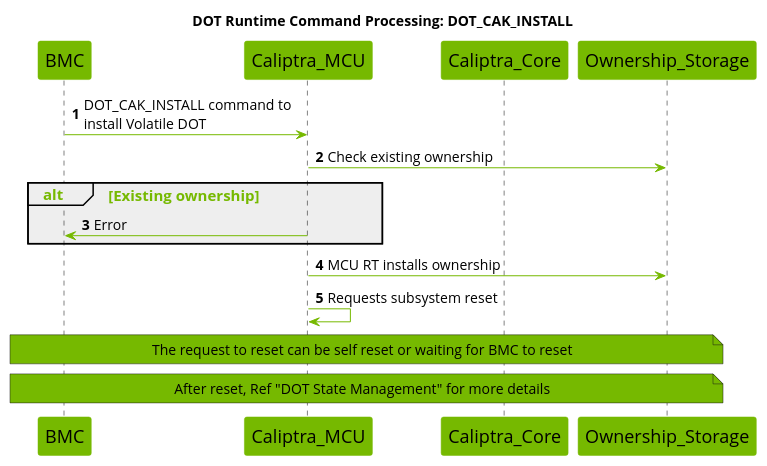
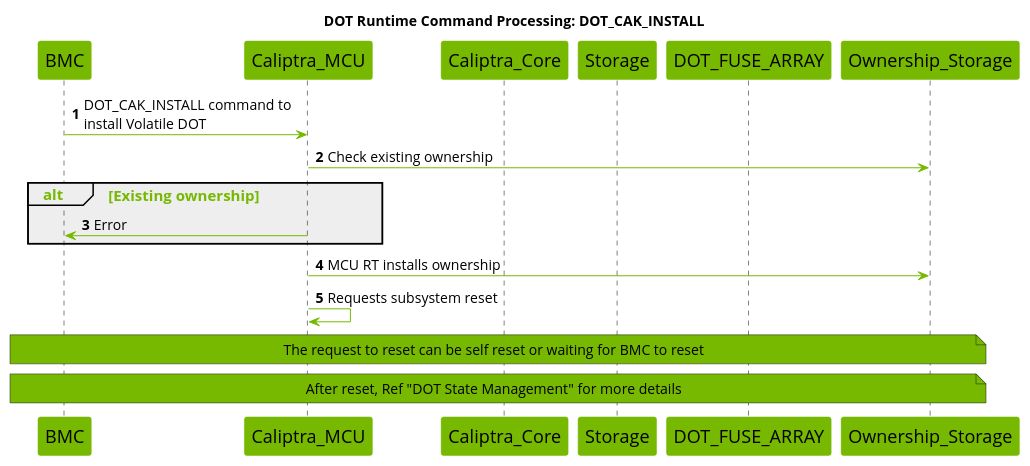
One commit to chipsalliance/caliptra-mcu-sw changed the second of 9 diagrams in docs/src/dot.md. Above: the diagram before and after it, drawn with PlantUML. The commit also changed other lines of this file and 8 other files, not shown here.

Commit message:
dot: document direct runtime command flow

````diff
--- a/docs/src/dot.md
+++ b/docs/src/dot.md
@@ -431,48 +430,49 @@
 ```plantuml
 @startuml
 
 title DOT Runtime Command Processing: DOT_CAK_INSTALL
 
 skinparam maxMessageSize 250
 skinparam wrapWidth 700
 skinparam backgroundColor white
 skinparam NoteBackgroundColor #76b900
 skinparam NoteFontSize 14
 skinparam SequenceGroupBodyBackgroundColor #EEEEEE
 skinparam defaultFontName Open Sans
 
 skinparam sequence {
     ArrowColor #76b900
     ActorBorderColor #76b900
     LifeLineBorderColor #000000
     LifeLineBackgroundColor #76b900
     GroupHeaderFontsize 15
     GroupHeaderFontColor #76b900
     GroupFontSize 15
     GroupFontColor #76b900
     ArrowFontSize 15
     ParticipantBorderColor #76b900
     ParticipantBackgroundColor #76b900
     ParticipantFontSize 18
     ParticipantFontColor black
     ArrowFontSize 14
 }
 
 participant BMC
 participant Caliptra_MCU
 participant Caliptra_Core
-participant Ownership_Storage
+participant Storage
+participant DOT_FUSE_ARRAY
 
 autonumber
 
 BMC -> Caliptra_MCU : DOT_CAK_INSTALL command to install Volatile DOT
 Caliptra_MCU -> Ownership_Storage : Check existing ownership
 alt Existing ownership
     Caliptra_MCU -> BMC : Error
 end
 Caliptra_MCU -> Ownership_Storage : MCU RT installs ownership
 Caliptra_MCU -> Caliptra_MCU : Requests subsystem reset
 note across : The request to reset can be self reset or waiting for BMC to reset
 note across : After reset, Ref "DOT State Management" for more details
 @enduml
 ```
````
